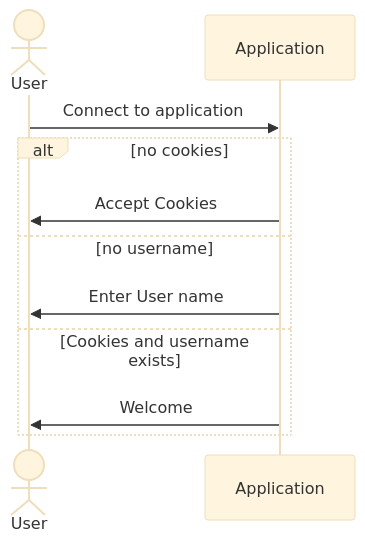
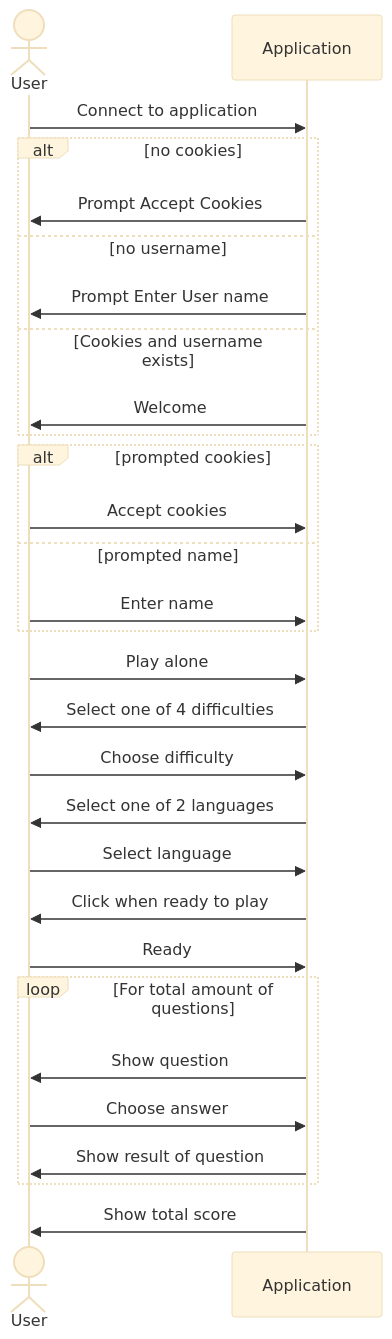
One commit to vikiorf/viktor-johansson-testing_typescript-quiz_app- changed the diagram in docs/sequnceDiagram.md. Above: the diagram before and after it, drawn with Mermaid (base theme). The commit also changed other lines of this file, not shown here.

Commit message:
Updated sequence diagram

````diff
--- a/docs/sequnceDiagram.md
+++ b/docs/sequnceDiagram.md
@@ -2,13 +3,33 @@
 ```mermaid
 sequenceDiagram
 actor User
 participant Application
 User->>Application: Connect to application
 alt no cookies
-	Application->>User: Accept Cookies
+	Application->>User: Prompt Accept Cookies
 else no username
-	Application->>User: Enter User name
+	Application->>User: Prompt Enter User name
 else Cookies and username exists
 	Application->>User: Welcome
 end
+alt prompted cookies
+	User->>Application: Accept cookies
+else prompted name
+	User->>Application: Enter name
+end
+
+User->>Application: Play alone
+Application->>User: Select one of 4 difficulties
+User->>Application: Choose difficulty
+Application->>User: Select one of 2 languages
+User->>Application: Select language
+Application->>User: Click when ready to play
+User->>Application: Ready
+loop For total amount of questions
+	Application->>User: Show question
+	User->>Application: Choose answer
+	Application->>User: Show result of question
+end
+Application->>User: Show total score
+
 ```
````
